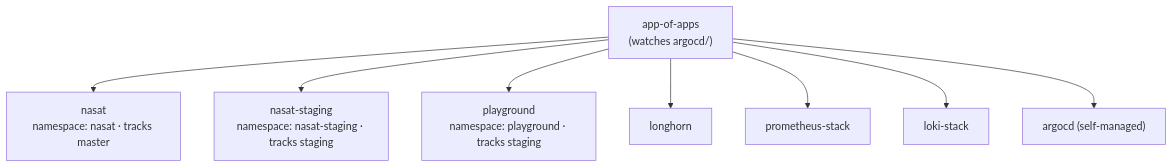
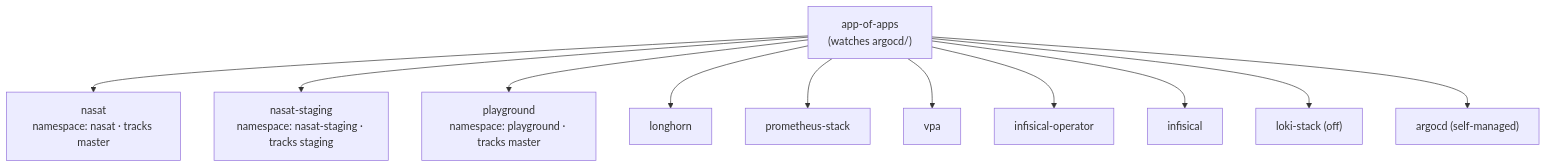
One commit to nizamra/nasat changed the diagram in README.md. Above: the diagram before and after it, drawn with Mermaid. The commit also changed other lines of this file and 1 other file, not shown here.

````diff
--- a/README.md
+++ b/README.md
@@ -74,10 +83,13 @@
 ```mermaid
 graph TD
     AoA["app-of-apps<br/>(watches argocd/)"] --> Nasat["nasat<br/>namespace: nasat · tracks master"]
     AoA --> NasatStg["nasat-staging<br/>namespace: nasat-staging · tracks staging"]
-    AoA --> Play["playground<br/>namespace: playground · tracks staging"]
+    AoA --> Play["playground<br/>namespace: playground · tracks master"]
     AoA --> LH["longhorn"]
     AoA --> Prom["prometheus-stack"]
-    AoA --> Loki["loki-stack"]
+    AoA --> VPA["vpa"]
+    AoA --> InfOp["infisical-operator"]
+    AoA --> Inf["infisical"]
+    AoA --> Loki["loki-stack (off)"]
     AoA --> Self["argocd (self-managed)"]
 ```
````
